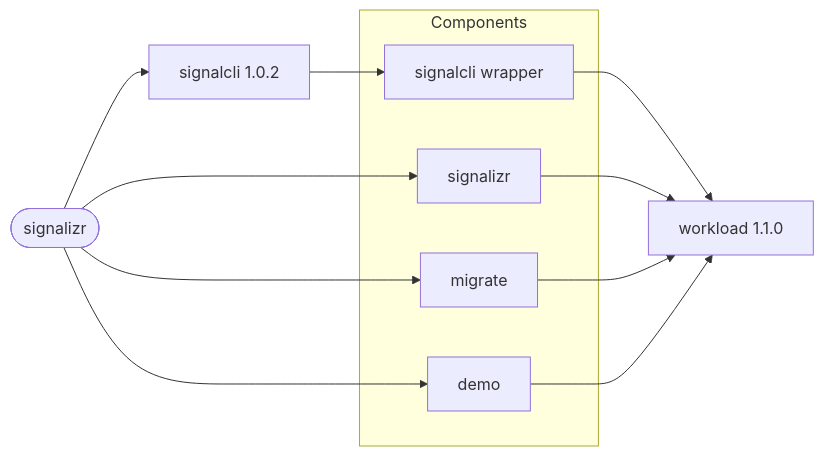
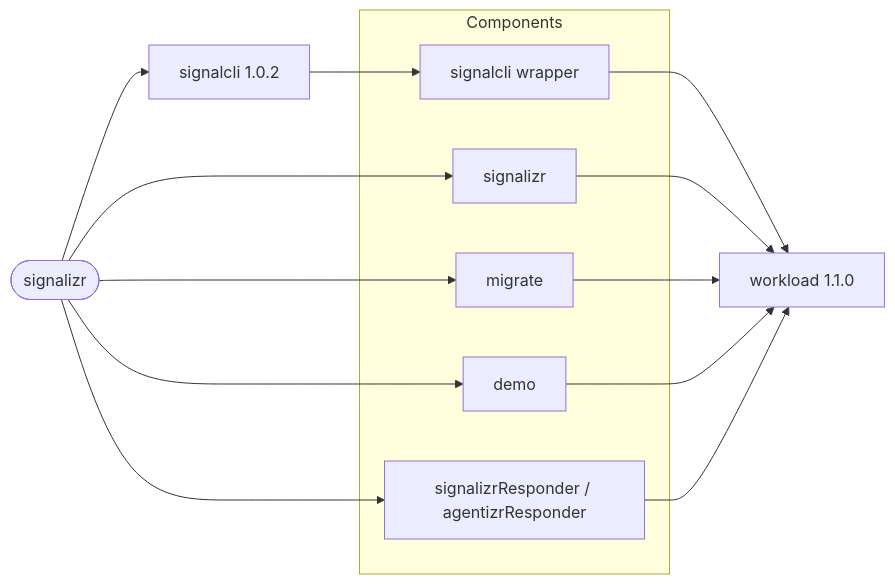
The diagram in charts/signalizr/README.md (f2calv/signalizr), drawn with Mermaid before and after one commit. The commit also changed other lines of this file and 5 other files, not shown here.

First line of the commit message:
feat(chart): add dormant Comms responder workloads

````diff
--- a/charts/signalizr/README.md
+++ b/charts/signalizr/README.md
@@ -16,17 +16,18 @@
 ```mermaid
 graph LR
   SignalizrChart([signalizr])
   SignalCliChart[signalcli 1.0.2]
   Workload[workload 1.1.0]
 
   subgraph Components[Components]
     SignalCli[signalcli wrapper]
     Gateway[signalizr]
     Migrator[migrate]
     Demo[demo]
+    Responders[signalizrResponder / agentizrResponder]
   end
 
-  SignalizrChart --> SignalCliChart & Gateway & Migrator & Demo
+  SignalizrChart --> SignalCliChart & Gateway & Migrator & Demo & Responders
   SignalCliChart --> SignalCli
-  SignalCli & Gateway & Migrator & Demo --> Workload
+  SignalCli & Gateway & Migrator & Demo & Responders --> Workload
 ```
````
